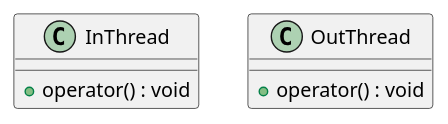
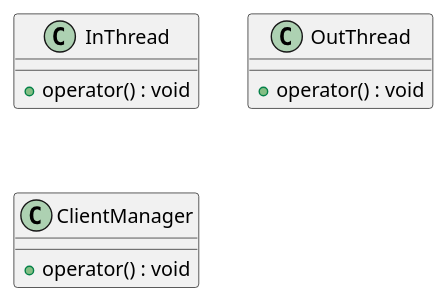
The third of 3 diagrams in docs/Class diagrams.md (aleoli/Shared-Editor), drawn with PlantUML before and after one commit. The commit also changed other lines of this file, not shown here.

Commit message:
aggiunto ClientManager

```diff
--- a/docs/Class diagrams.md
+++ b/docs/Class diagrams.md
@@ -85,11 +84,13 @@
 @startuml
 class InThread {
 + operator() : void
-
 }
 
 class OutThread {
 + operator() : void
+}
 
+class ClientManager {
++ operator() : void
 }
 @enduml
```
